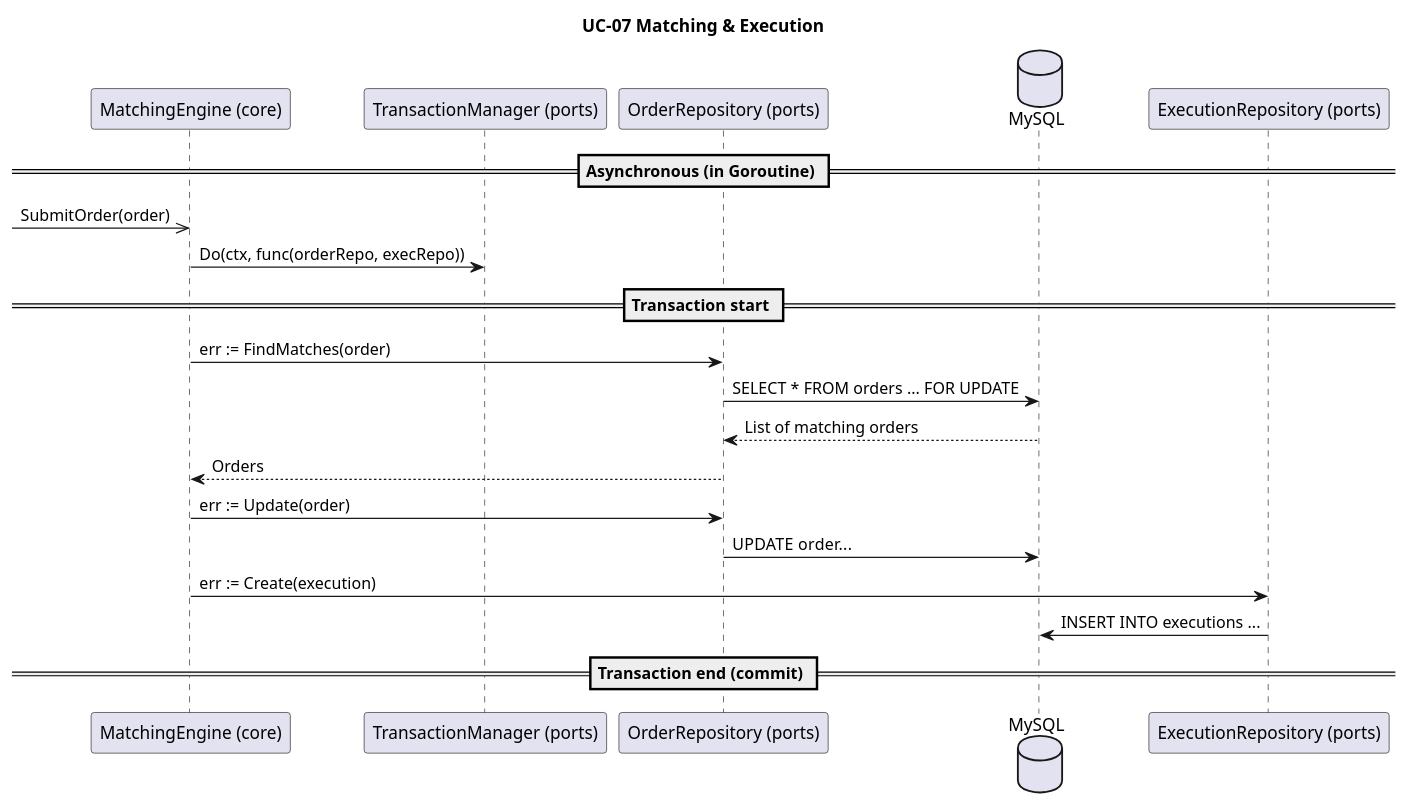
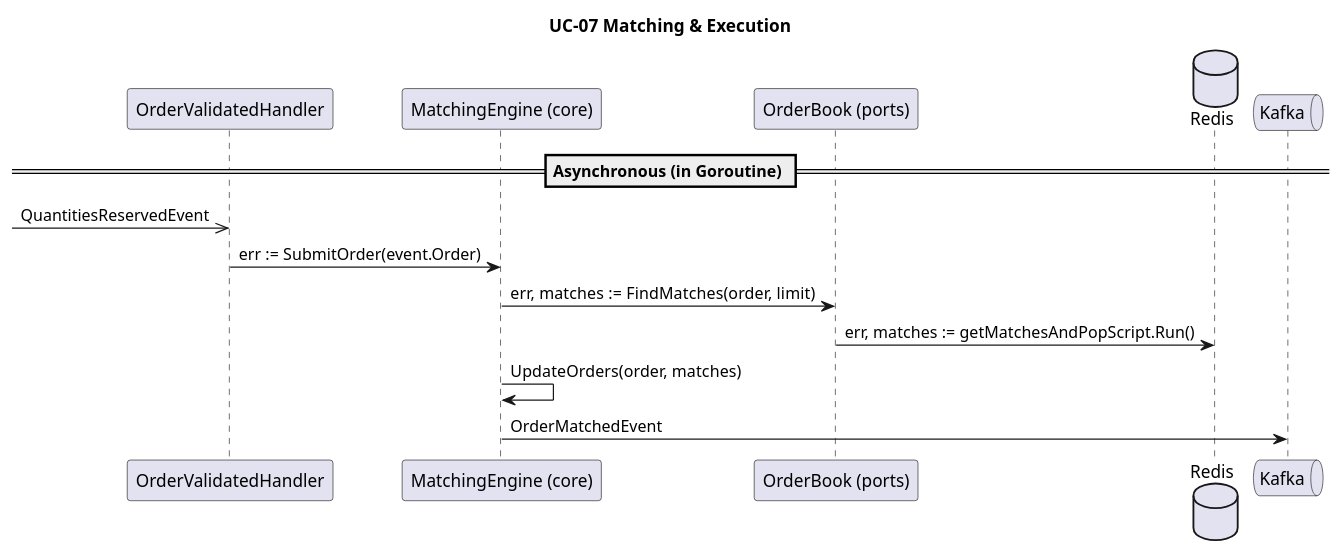
One commit to cjayneb/log430-project changed the diagram in docs/use_cases/uc07_sequence.puml. Above: the diagram before and after it, drawn with PlantUML. The commit also changed 47 other files, not shown here.

```diff
--- a/docs/use_cases/uc07_sequence.puml
+++ b/docs/use_cases/uc07_sequence.puml
@@ -1,26 +1,19 @@
 @startuml
 title UC-07 Matching & Execution
 
+participant "OrderValidatedHandler" as handler
 participant "MatchingEngine (core)" as MatchEngine
-participant "TransactionManager (ports)" as tx
-participant "OrderRepository (ports)" as Repo
-database "MySQL" as DB
-participant "ExecutionRepository (ports)" as ExecRepo
+participant "OrderBook (ports)" as book
+database "Redis" as redis
+queue "Kafka" as kafka
+
+== Asynchronous (in Goroutine) ==
+->> handler : QuantitiesReservedEvent
+handler -> MatchEngine : err := SubmitOrder(event.Order)
+MatchEngine -> book : err, matches := FindMatches(order, limit)
+book -> redis : err, matches := getMatchesAndPopScript.Run()
+MatchEngine -> MatchEngine : UpdateOrders(order, matches)
+MatchEngine -> kafka: OrderMatchedEvent
 
 
-== Asynchronous (in Goroutine) ==
-->> MatchEngine : SubmitOrder(order)
-MatchEngine -> tx : Do(ctx, func(orderRepo, execRepo))
-== Transaction start ==
-MatchEngine -> Repo : err := FindMatches(order)
-Repo -> DB : SELECT * FROM orders ... FOR UPDATE
-DB --> Repo : List of matching orders
-Repo --> MatchEngine : Orders
-
-MatchEngine -> Repo : err := Update(order)
-Repo -> DB : UPDATE order...
-MatchEngine -> ExecRepo : err := Create(execution)
-ExecRepo -> DB : INSERT INTO executions ...
-== Transaction end (commit) ==
-
 @enduml
```
